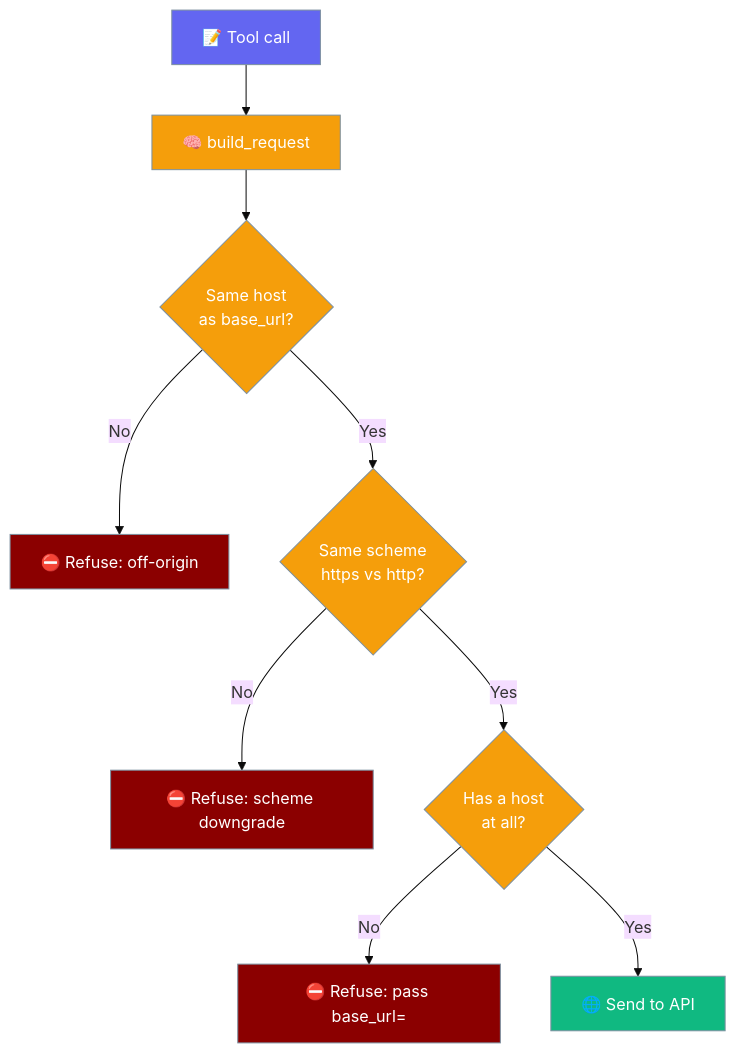
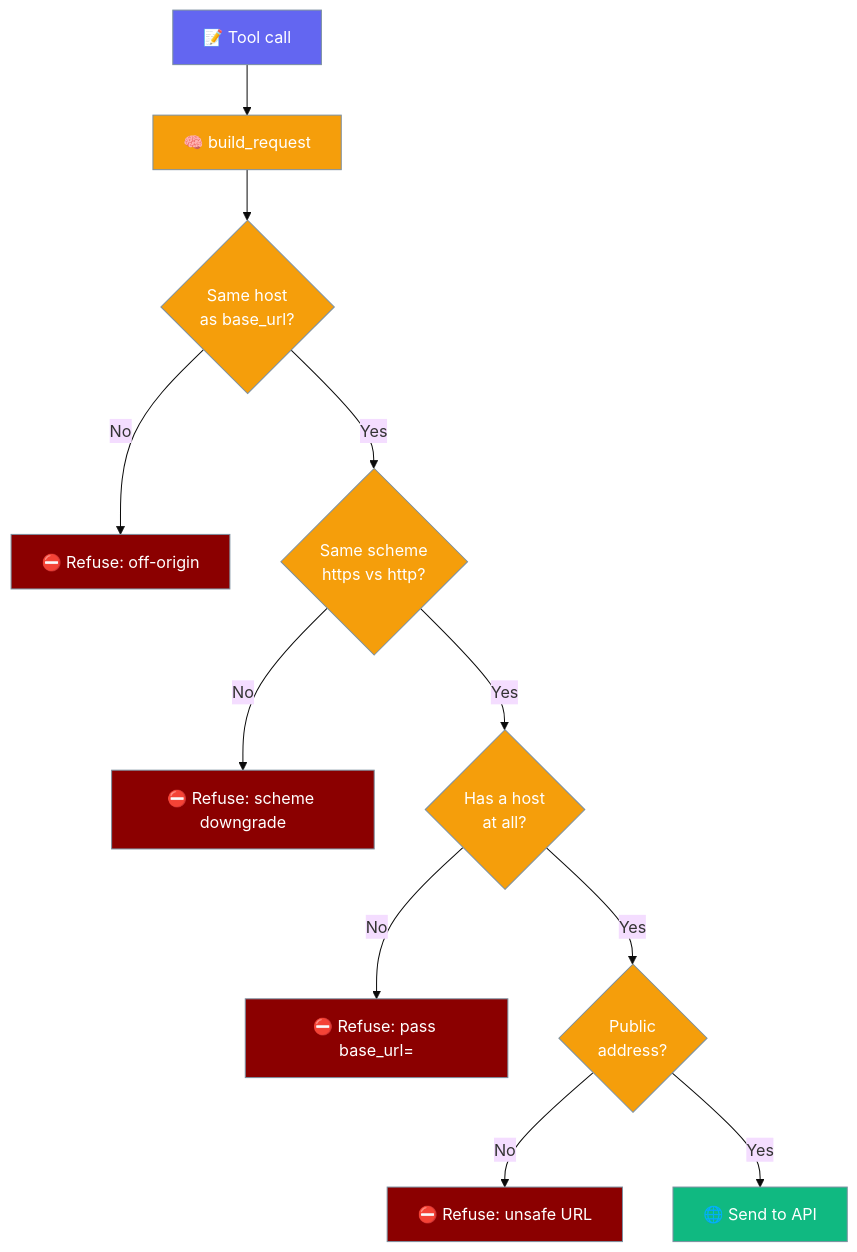
The fourth of 5 diagrams in docs/features/openapi-toolset.mdx (MervinPraison/PraisonAIDocs), drawn with Mermaid (base theme) before and after one commit. The commit also changed other lines of this file and 5 other files, not shown here.

````diff
--- a/docs/features/openapi-toolset.mdx
+++ b/docs/features/openapi-toolset.mdx
@@ -167,21 +171,23 @@
 ```mermaid
 graph TB
     Req[📝 Tool call] --> Build[🧠 build_request]
     Build --> Host{Same host<br/>as base_url?}
     Host -->|No| RefuseHost[⛔ Refuse: off-origin]
     Host -->|Yes| Scheme{Same scheme<br/>https vs http?}
     Scheme -->|No| RefuseScheme[⛔ Refuse: scheme downgrade]
     Scheme -->|Yes| HasHost{Has a host<br/>at all?}
     HasHost -->|No| RefuseHostless[⛔ Refuse: pass base_url=]
-    HasHost -->|Yes| Send[🌐 Send to API]
+    HasHost -->|Yes| SSRF{Public<br/>address?}
+    SSRF -->|No| RefuseSSRF[⛔ Refuse: unsafe URL]
+    SSRF -->|Yes| Send[🌐 Send to API]
 
     classDef req fill:#6366F1,stroke:#7C90A0,color:#fff
     classDef process fill:#F59E0B,stroke:#7C90A0,color:#fff
     classDef refuse fill:#8B0000,stroke:#7C90A0,color:#fff
     classDef send fill:#10B981,stroke:#7C90A0,color:#fff
 
     class Req req
-    class Build,Host,Scheme,HasHost process
-    class RefuseHost,RefuseScheme,RefuseHostless refuse
+    class Build,Host,Scheme,HasHost,SSRF process
+    class RefuseHost,RefuseScheme,RefuseHostless,RefuseSSRF refuse
     class Send send
 ```
````
